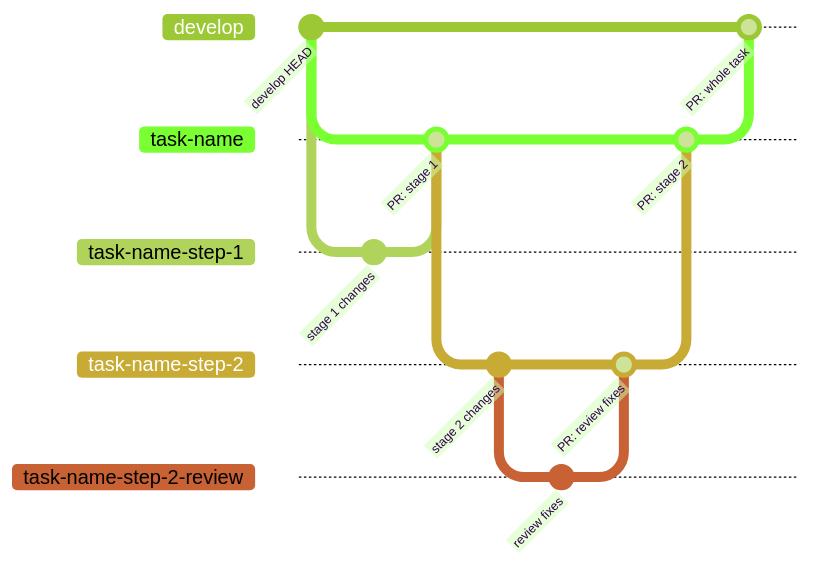
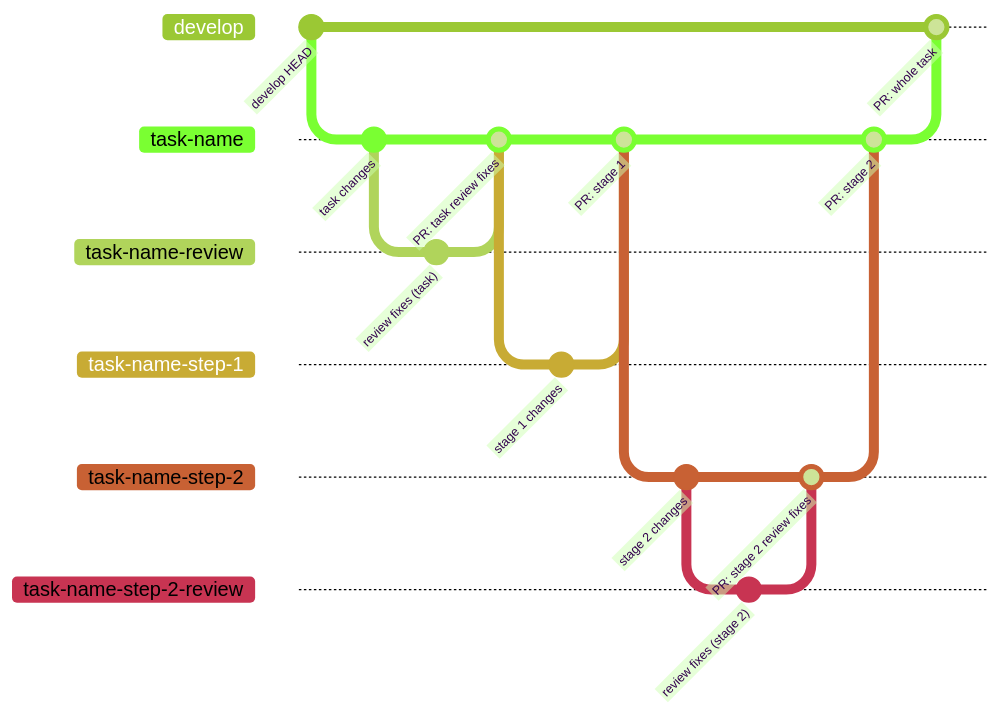
The diagram in library/common-workflow/diagrams/work-in-git-tree-gitflow.mmd (InsonusK/ai-skills), drawn with Mermaid (forest theme) before and after one commit. The commit also changed 1 other file, not shown here.

Commit message:
docs(work-in-git-tree): show review branch off the plain task branch in gitGraph
The diagram only illustrated a review branch under a stage branch; the
review-branch rule applies to any PR head branch, including the task
branch itself. Add task-name-review next to task-name-step-2-review.

```diff
--- a/library/common-workflow/diagrams/work-in-git-tree-gitflow.mmd
+++ b/library/common-workflow/diagrams/work-in-git-tree-gitflow.mmd
@@ -1,19 +1,24 @@
 %%{init: {'gitGraph': {'mainBranchName': 'develop'}}}%%
 gitGraph
     commit id: "develop HEAD"
     branch task-name
     checkout task-name
+    commit id: "task changes"
+    branch task-name-review
+    commit id: "review fixes (task)"
+    checkout task-name
+    merge task-name-review id: "PR: task review fixes"
     branch task-name-step-1
     commit id: "stage 1 changes"
     checkout task-name
     merge task-name-step-1 id: "PR: stage 1"
     branch task-name-step-2
     commit id: "stage 2 changes"
     branch task-name-step-2-review
-    commit id: "review fixes"
+    commit id: "review fixes (stage 2)"
     checkout task-name-step-2
-    merge task-name-step-2-review id: "PR: review fixes"
+    merge task-name-step-2-review id: "PR: stage 2 review fixes"
     checkout task-name
     merge task-name-step-2 id: "PR: stage 2"
     checkout develop
     merge task-name id: "PR: whole task"
```
